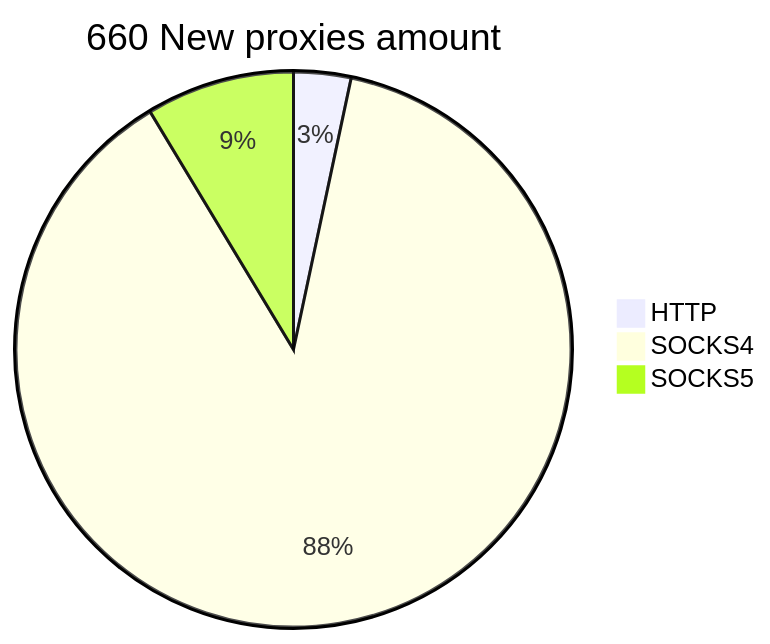
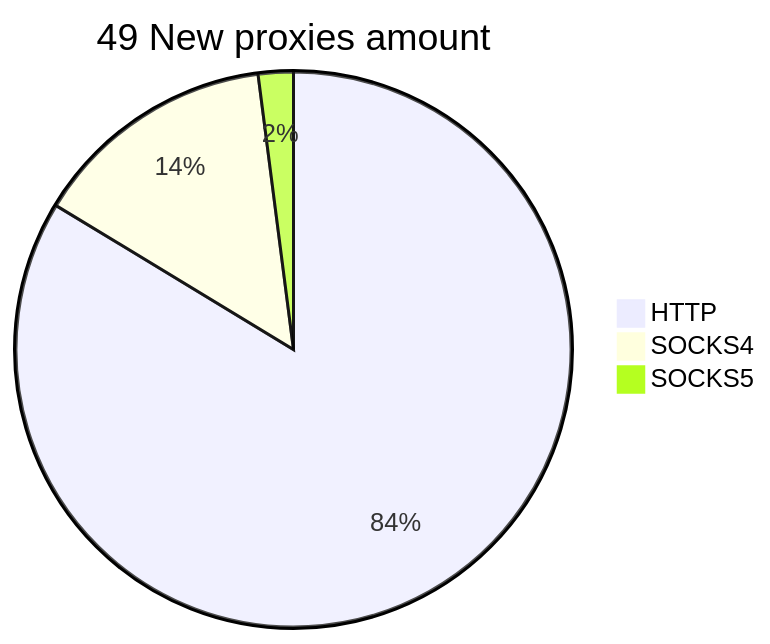
The second of 2 diagrams in README.md (cutipu/proxylist), drawn with Mermaid before and after one commit. The commit also changed other lines of this file, not shown here.

````diff
--- a/README.md
+++ b/README.md
@@ -10,6 +10,6 @@
 ```mermaid
-pie title 660 New proxies amount
-    "HTTP" : 22
-    "SOCKS4" : 581
-    "SOCKS5" : 57
+pie title 49 New proxies amount
+    "HTTP" : 41
+    "SOCKS4" : 7
+    "SOCKS5" : 1
 ```
````
